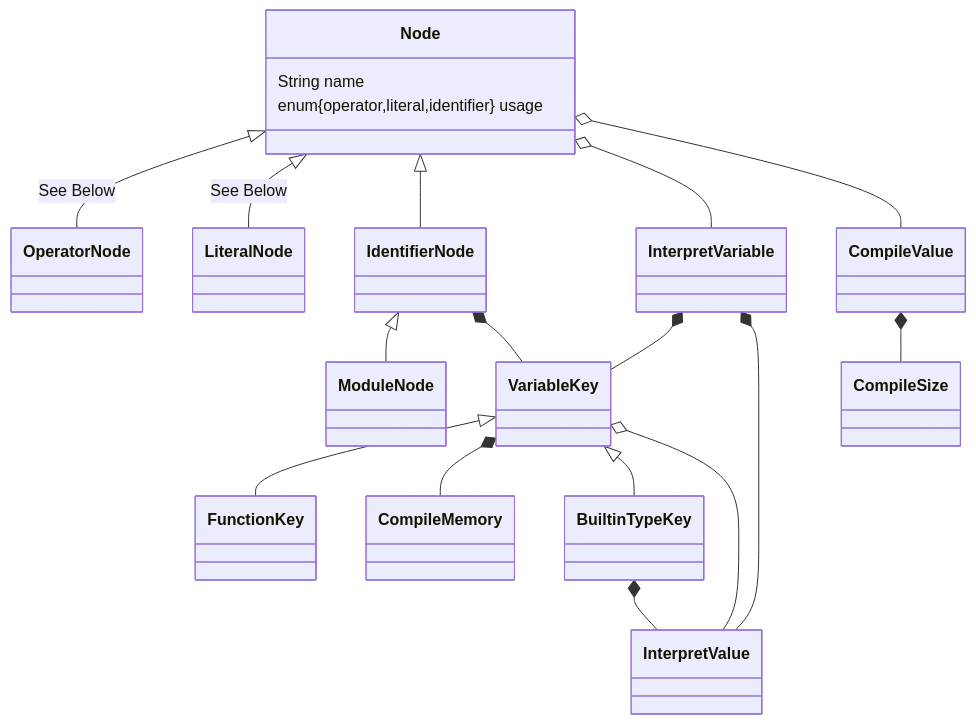
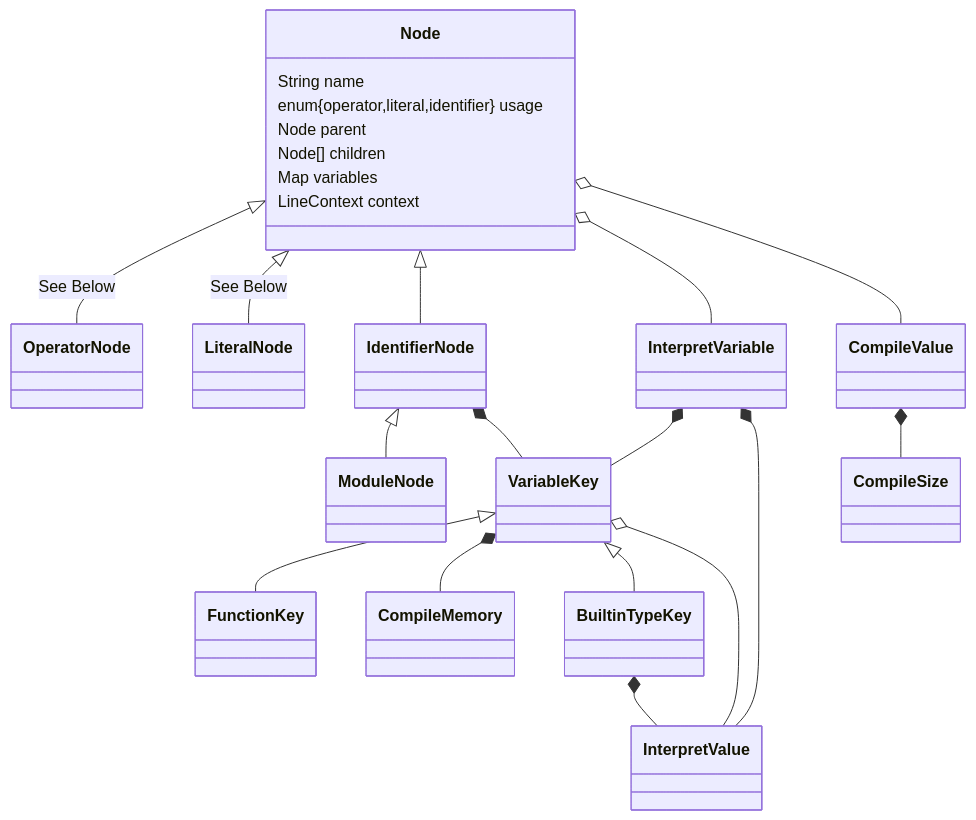
Before and after one commit to Jzhyang1/Monomer: the first of 4 diagrams in README.md, drawn with Mermaid. The commit also changed other lines of this file, not shown here.

Commit message:
README.md updated from https://stackedit.io/

````diff
--- a/README.md
+++ b/README.md
@@ -239,22 +239,25 @@
 ```mermaid
 classDiagram
 Node <|-- OperatorNode: See Below
 Node <|-- LiteralNode: See Below
 Node <|-- IdentifierNode
 Node o-- InterpretVariable
 IdentifierNode <|-- ModuleNode
 IdentifierNode *-- VariableKey
 VariableKey <|-- FunctionKey
 VariableKey *-- CompileMemory
 VariableKey <|-- BuiltinTypeKey
 BuiltinTypeKey *-- InterpretValue
 VariableKey o-- InterpretValue
 InterpretVariable *-- VariableKey
 CompileValue *-- CompileSize
 Node o-- CompileValue
 InterpretVariable *-- InterpretValue
 
 Node: String name
 Node: enum{operator,literal,identifier} usage
-
+Node: Node parent
+Node: Node[] children
+Node: Map<String, VariableKey> variables
+Node: LineContext context
 ```
````
